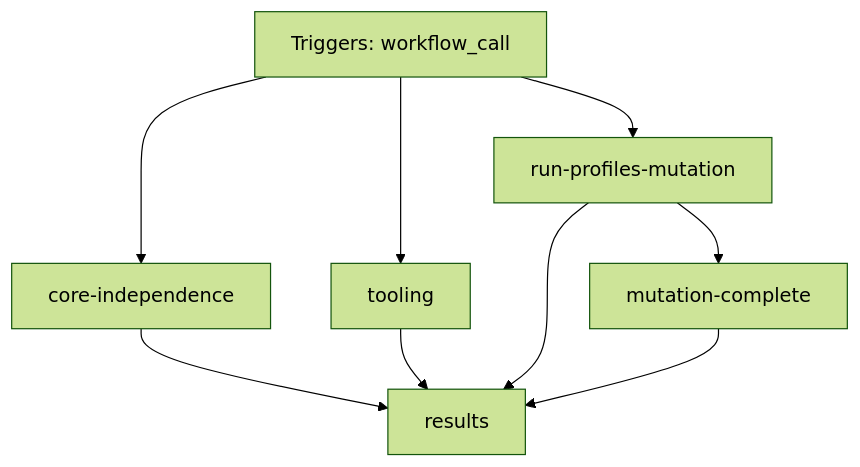
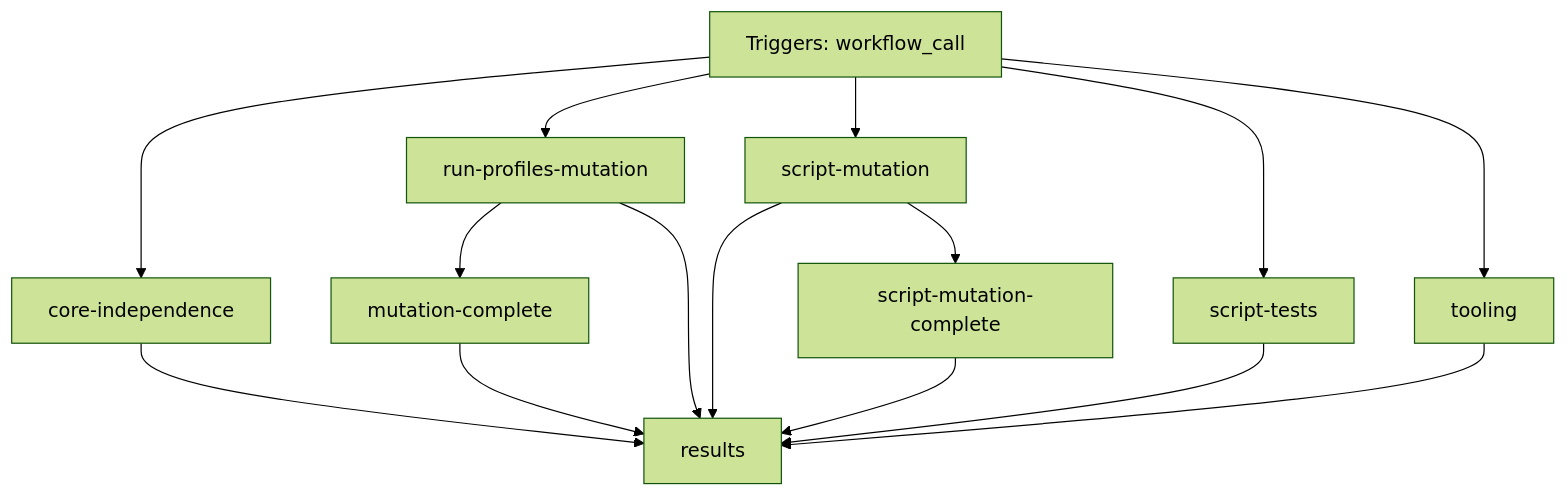
The second of 2 diagrams in docs/ci/github/script-tooling-ci.md (FrenchExDev2/QuietCli.PoSh), drawn with Mermaid (forest theme) before and after one commit. The commit also changed other lines of this file and 85 other files, not shown here.

First line of the commit message:
feat(scripts): AST mutation testing with an incremental cache, CI lib tests and work branches

```diff
--- a/docs/ci/github/script-tooling-ci.md
+++ b/docs/ci/github/script-tooling-ci.md
@@ -71,17 +91,26 @@
 ~~~mermaid
 flowchart TD
     event["Triggers: workflow_call"]
     job_core_independence["core-independence"]
     job_mutation_complete["mutation-complete"]
     job_results["results"]
     job_run_profiles_mutation["run-profiles-mutation"]
+    job_script_mutation["script-mutation"]
+    job_script_mutation_complete["script-mutation-complete"]
+    job_script_tests["script-tests"]
     job_tooling["tooling"]
     event --> job_core_independence
     job_run_profiles_mutation --> job_mutation_complete
     job_core_independence --> job_results
     job_tooling --> job_results
+    job_script_tests --> job_results
     job_run_profiles_mutation --> job_results
+    job_script_mutation --> job_results
     job_mutation_complete --> job_results
+    job_script_mutation_complete --> job_results
     event --> job_run_profiles_mutation
+    event --> job_script_mutation
+    job_script_mutation --> job_script_mutation_complete
+    event --> job_script_tests
     event --> job_tooling
 ~~~
```
